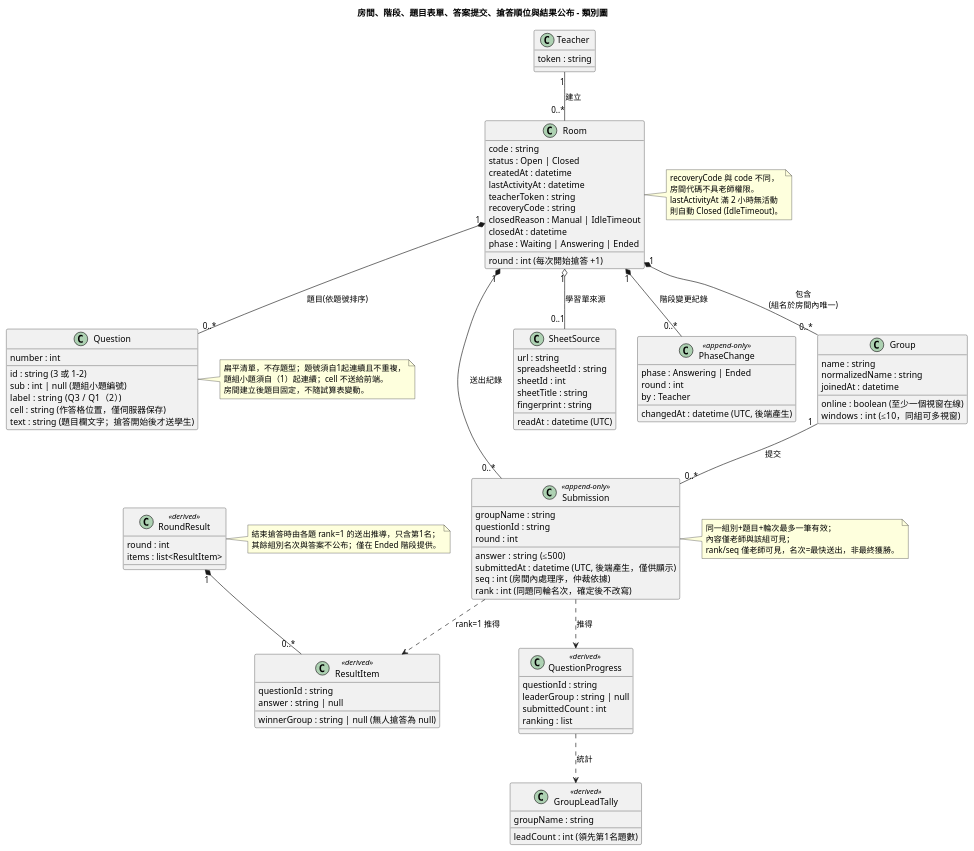
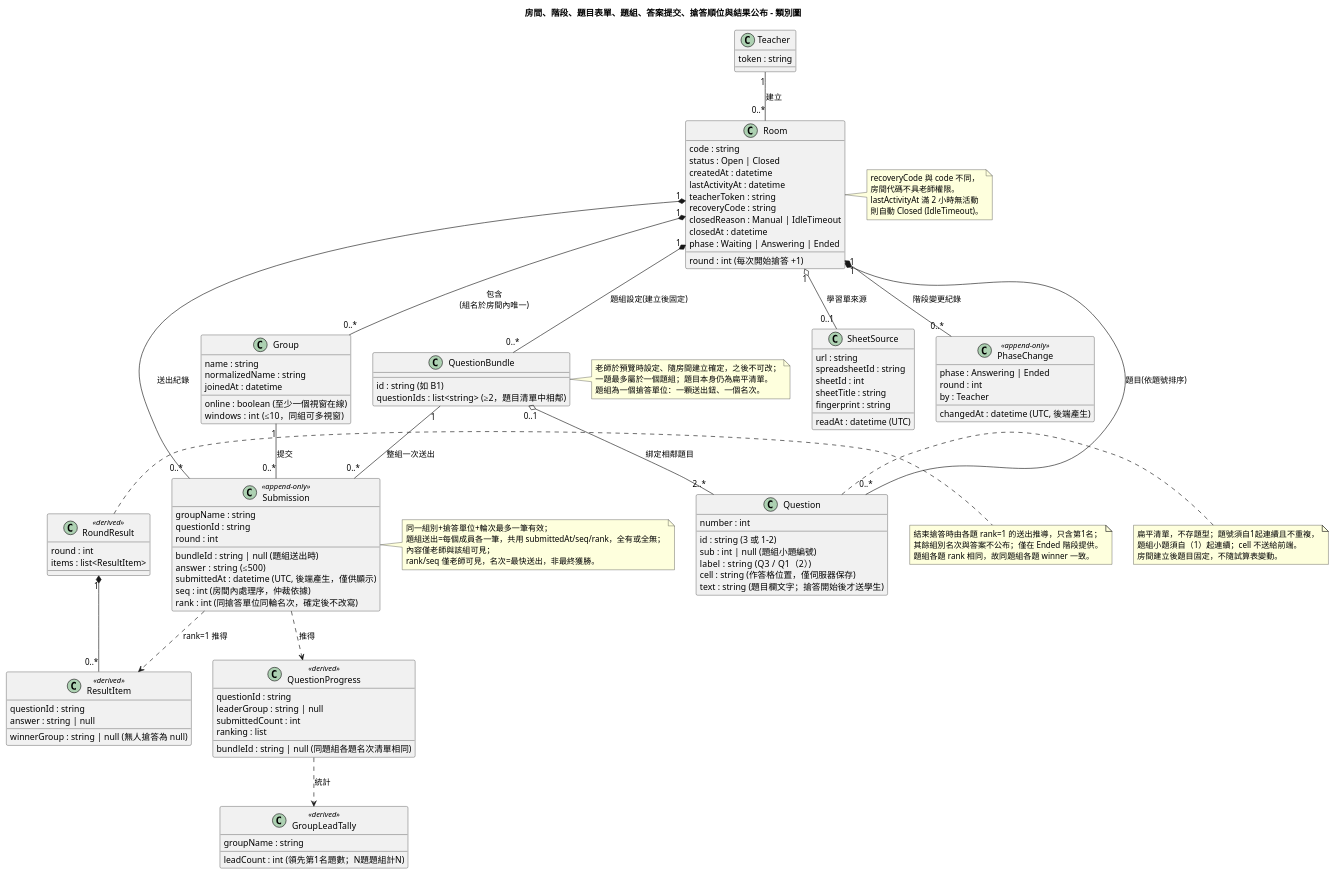
Before and after one commit to lin900822/ncu-se-final: the diagram in diagrams/class.puml, drawn with PlantUML. The commit also changed 41 other files, not shown here.

```diff
--- a/diagrams/class.puml
+++ b/diagrams/class.puml
@@ -1,106 +1,122 @@
 @startuml class
-title 房間、階段、題目表單、答案提交、搶答順位與結果公布 - 類別圖
+title 房間、階段、題目表單、題組、答案提交、搶答順位與結果公布 - 類別圖
 class Room {
   code : string
   status : Open | Closed
   createdAt : datetime
   lastActivityAt : datetime
   teacherToken : string
   recoveryCode : string
   closedReason : Manual | IdleTimeout
   closedAt : datetime
   phase : Waiting | Answering | Ended
   round : int (每次開始搶答 +1)
 }
 class Question {
   id : string (3 或 1-2)
   number : int
   sub : int | null (題組小題編號)
   label : string (Q3 / Q1（2）)
   cell : string (作答格位置，僅伺服器保存)
   text : string (題目欄文字；搶答開始後才送學生)
 }
+class QuestionBundle {
+  id : string (如 B1)
+  questionIds : list<string> (≥2，題目清單中相鄰)
+}
+note right of QuestionBundle
+  老師於預覽時設定、隨房間建立確定，之後不可改；
+  一題最多屬於一個題組；題目本身仍為扁平清單。
+  題組為一個搶答單位：一顆送出鈕、一個名次。
+end note
 class SheetSource {
   url : string
   spreadsheetId : string
   sheetId : int
   sheetTitle : string
   readAt : datetime (UTC)
   fingerprint : string
 }
 note right of Question
   扁平清單，不存題型；題號須自1起連續且不重複，
   題組小題須自（1）起連續；cell 不送給前端。
   房間建立後題目固定，不隨試算表變動。
 end note
 class Submission <<append-only>> {
   groupName : string
   questionId : string
+  bundleId : string | null (題組送出時)
   round : int
   answer : string (≤500)
   submittedAt : datetime (UTC, 後端產生，僅供顯示)
   seq : int (房間內處理序，仲裁依據)
-  rank : int (同題同輪名次，確定後不改寫)
+  rank : int (同搶答單位同輪名次，確定後不改寫)
 }
 note right of Submission
-  同一組別+題目+輪次最多一筆有效；
+  同一組別+搶答單位+輪次最多一筆有效；
+  題組送出=每個成員各一筆，共用 submittedAt/seq/rank，全有或全無；
   內容僅老師與該組可見；
   rank/seq 僅老師可見，名次=最快送出，非最終獲勝。
 end note
 class QuestionProgress <<derived>> {
   questionId : string
+  bundleId : string | null (同題組各題名次清單相同)
   leaderGroup : string | null
   submittedCount : int
   ranking : list
 }
 class GroupLeadTally <<derived>> {
   groupName : string
-  leadCount : int (領先第1名題數)
+  leadCount : int (領先第1名題數；N題題組計N)
 }
 class RoundResult <<derived>> {
   round : int
   items : list<ResultItem>
 }
 class ResultItem <<derived>> {
   questionId : string
   winnerGroup : string | null (無人搶答為 null)
   answer : string | null
 }
 note right of RoundResult
   結束搶答時由各題 rank=1 的送出推導，只含第1名；
   其餘組別名次與答案不公布；僅在 Ended 階段提供。
+  題組各題 rank 相同，故同題組各題 winner 一致。
 end note
 class PhaseChange <<append-only>> {
   phase : Answering | Ended
   round : int
   by : Teacher
   changedAt : datetime (UTC, 後端產生)
 }
 class Group {
   name : string
   normalizedName : string
   online : boolean (至少一個視窗在線)
   windows : int (≤10，同組可多視窗)
   joinedAt : datetime
 }
 class Teacher {
   token : string
 }
 note right of Room
   recoveryCode 與 code 不同，
   房間代碼不具老師權限。
   lastActivityAt 滿 2 小時無活動
   則自動 Closed (IdleTimeout)。
 end note
 Teacher "1" -- "0..*" Room : 建立
 Room "1" *-- "0..*" PhaseChange : 階段變更紀錄
 Room "1" *-- "0..*" Submission : 送出紀錄
 Group "1" -- "0..*" Submission : 提交
 Submission ..> QuestionProgress : 推得
 Submission ..> ResultItem : rank=1 推得
 RoundResult "1" *-- "0..*" ResultItem
 QuestionProgress ..> GroupLeadTally : 統計
 Room "1" *-- "0..*" Question : 題目(依題號排序)
 Room "1" o-- "0..1" SheetSource : 學習單來源
+Room "1" *-- "0..*" QuestionBundle : 題組設定(建立後固定)
+QuestionBundle "0..1" o-- "2..*" Question : 綁定相鄰題目
+QuestionBundle "1" -- "0..*" Submission : 整組一次送出
 Room "1" *-- "0..*" Group : 包含\n(組名於房間內唯一)
 @enduml
```
